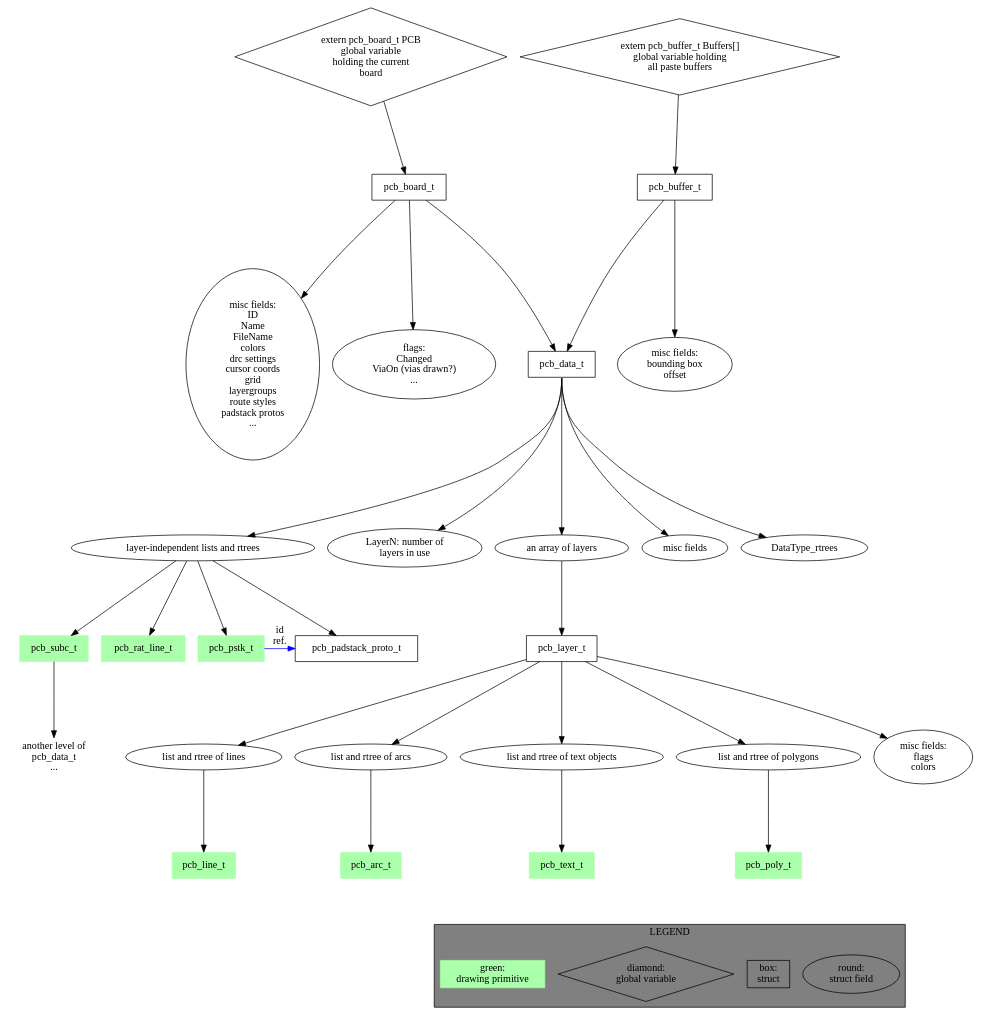
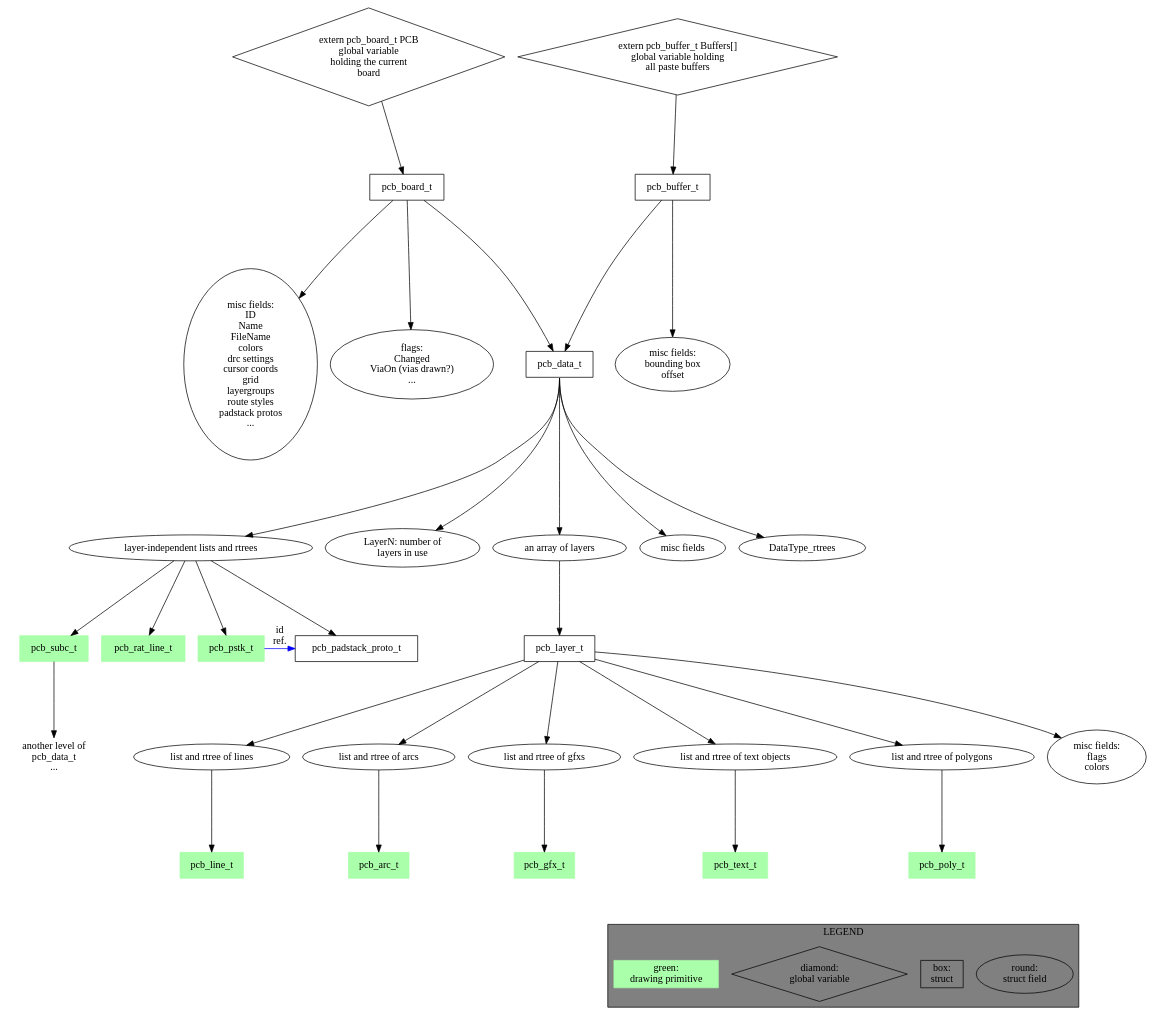
Before and after one commit to NoSuchProcess/pcb-rnd: the diagram in doc/developer/src/data1.dot, drawn with Graphviz. The commit also changed 1 other file, not shown here.

Commit message:
[doc] -Add: gfx in developer data model drawing

```diff
--- a/doc/developer/src/data1.dot
+++ b/doc/developer/src/data1.dot
@@ -1,84 +1,88 @@
 digraph pcb_data {
 	ranksep=1.3
 	PCBType_misc [label="misc fields:\nID\nName\nFileName\ncolors\ndrc settings\ncursor coords\ngrid\nlayergroups\nroute styles\npadstack protos\n..."]
 	PCBType_flags [label="flags:\nChanged\nViaOn (vias drawn?)\n..."]
 	pcb_board_t -> PCBType_misc
 	pcb_board_t -> PCBType_flags
 	pcb_board_t -> pcb_data_t
 	pcb_board_t [shape=box]
 
 	pcb_data_t2 [label="another level of\npcb_data_t\n..." shape=none]
 
 	pcb_subc_t [shape=box style=filled color="#aaffaa"]
 	pcb_rat_line_t [shape=box style=filled color="#aaffaa"]
 	pcb_pstk_t [shape=box style=filled color="#aaffaa"]
 	pcb_padstack_proto_t [shape=box]
 	pcb_arc_t [shape=box style=filled color="#aaffaa"]
+	pcb_gfx_t [shape=box style=filled color="#aaffaa"]
 	pcb_line_t [shape=box style=filled color="#aaffaa"]
 	pcb_text_t [shape=box style=filled color="#aaffaa"]
 	pcb_poly_t [shape=box style=filled color="#aaffaa"]
 
 	PCB [label="extern pcb_board_t PCB\nglobal variable\nholding the current\nboard" shape=diamond]
 	PCB -> pcb_board_t
 
 	Buffers [label="extern pcb_buffer_t Buffers[]\nglobal variable holding\nall paste buffers" shape=diamond]
 	Buffers -> pcb_buffer_t
 
 	BufferType_misc [label="misc fields:\nbounding box\noffset"]
 	pcb_buffer_t -> BufferType_misc
 	pcb_buffer_t -> pcb_data_t
 	pcb_buffer_t [shape=box]
 
 	DataType_listrt [label="layer-independent lists and rtrees"]
 	DataType_LayerN [label="LayerN: number of\nlayers in use"]
 	DataType_layers [label="an array of layers"]
 	DataType_misc [label="misc fields"]
 
 	pcb_data_t -> DataType_misc    [tailport=s]
 	pcb_data_t -> DataType_LayerN  [tailport=s]
 	pcb_data_t -> DataType_layers  [tailport=s]
 	pcb_data_t -> DataType_listrt  [tailport=s]
 	pcb_data_t -> DataType_rtrees  [tailport=s]
 	pcb_data_t [shape=box]
 
 	DataType_layers -> pcb_layer_t
 
 	DataType_listrt -> pcb_subc_t
 	DataType_listrt -> pcb_rat_line_t
 	DataType_listrt -> pcb_pstk_t
 	DataType_listrt -> pcb_padstack_proto_t
 
 	pcb_subc_t -> pcb_data_t2
 	pcb_pstk_t -> pcb_padstack_proto_t [constraint=no color=blue label="id\nref."]
 
 	LayerType_lines [label="list and rtree of lines"]
 	LayerType_arcs [label="list and rtree of arcs"]
+	LayerType_gfxs [label="list and rtree of gfxs"]
 	LayerType_texts [label="list and rtree of text objects"]
 	LayerType_polygons [label="list and rtree of polygons"]
 	LayerType_misc [label="misc fields:\nflags\ncolors"]
 
 	LayerType_lines -> pcb_line_t
 	LayerType_arcs -> pcb_arc_t
+	LayerType_gfxs -> pcb_gfx_t
 	LayerType_polygons -> pcb_poly_t
 	LayerType_texts -> pcb_text_t
 
 	pcb_layer_t -> LayerType_misc
 	pcb_layer_t -> LayerType_lines
 	pcb_layer_t -> LayerType_arcs
+	pcb_layer_t -> LayerType_gfxs
 	pcb_layer_t -> LayerType_texts
 	pcb_layer_t -> LayerType_polygons
 	pcb_layer_t [shape=box]
 
 	subgraph "cluster_1" {
 		label="LEGEND"
 		style=filled
 		bgcolor=grey
 		round [label="round:\nstruct field"]
 		struct [label="box:\nstruct" shape=box]
 		diamond [label="diamond:\nglobal variable" shape=diamond]
 		grn [label="green:\ndrawing primitive" shape=box style=filled color="#aaffaa"]
 
 	}
 
 	pcb_poly_t -> struct [style=invis]
 }
```
